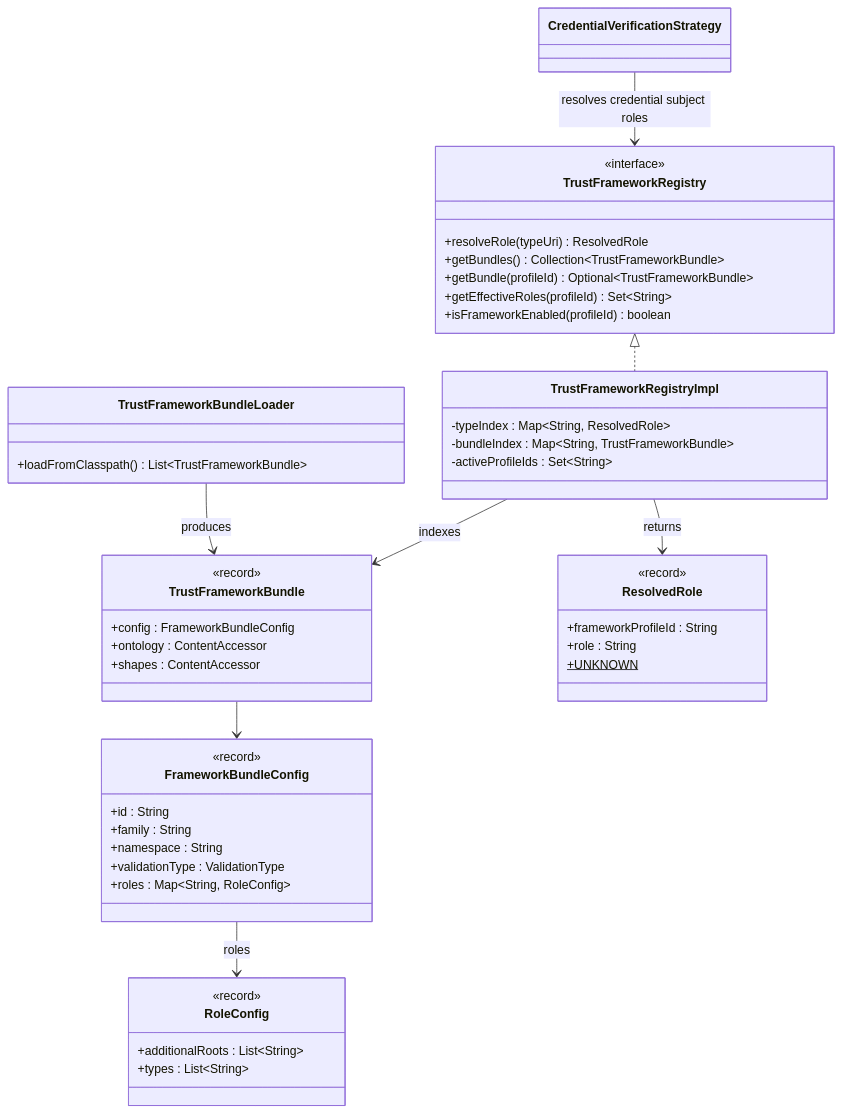
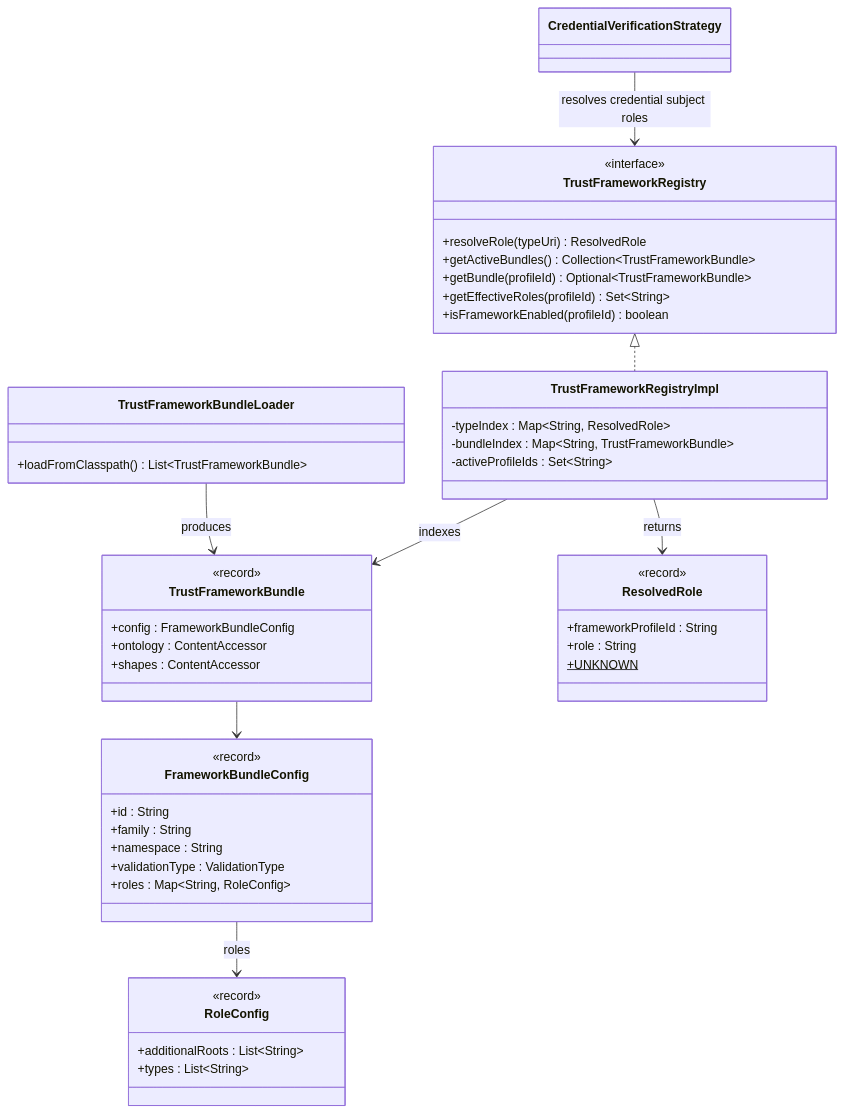
One commit to federated-catalogue-enhancements-2026/docs changed the third of 15 diagrams in federated-catalogue/src/docs/architecture/chapters/05_building_block_view.adoc. Above: the diagram before and after it, drawn with Mermaid.

Commit message:
replace method name

```diff
--- a/federated-catalogue/src/docs/architecture/chapters/05_building_block_view.adoc
+++ b/federated-catalogue/src/docs/architecture/chapters/05_building_block_view.adoc
@@ -374,52 +374,52 @@
 [mermaid,width=1600]
 ....
 classDiagram
     class TrustFrameworkRegistry {
         <<interface>>
         +resolveRole(typeUri) ResolvedRole
-        +getBundles() Collection~TrustFrameworkBundle~
+        +getActiveBundles() Collection~TrustFrameworkBundle~
         +getBundle(profileId) Optional~TrustFrameworkBundle~
         +getEffectiveRoles(profileId) Set~String~
         +isFrameworkEnabled(profileId) boolean
     }
     class TrustFrameworkRegistryImpl {
         -typeIndex : Map~String, ResolvedRole~
         -bundleIndex : Map~String, TrustFrameworkBundle~
         -activeProfileIds : Set~String~
     }
     class TrustFrameworkBundle {
         <<record>>
         +config : FrameworkBundleConfig
         +ontology : ContentAccessor
         +shapes : ContentAccessor
     }
     class FrameworkBundleConfig {
         <<record>>
         +id : String
         +family : String
         +namespace : String
         +validationType : ValidationType
         +roles : Map~String, RoleConfig~
     }
     class RoleConfig {
         <<record>>
         +additionalRoots : List~String~
         +types : List~String~
     }
     class ResolvedRole {
         <<record>>
         +frameworkProfileId : String
         +role : String
         +UNKNOWN$
     }
     class TrustFrameworkBundleLoader {
         +loadFromClasspath() List~TrustFrameworkBundle~
     }
     TrustFrameworkRegistry <|.. TrustFrameworkRegistryImpl
     TrustFrameworkRegistryImpl --> TrustFrameworkBundle : indexes
     TrustFrameworkBundle --> FrameworkBundleConfig
     FrameworkBundleConfig --> RoleConfig : roles
     TrustFrameworkRegistryImpl --> ResolvedRole : returns
     TrustFrameworkBundleLoader --> TrustFrameworkBundle : produces
     CredentialVerificationStrategy --> TrustFrameworkRegistry : resolves credential subject roles
 ....
```
